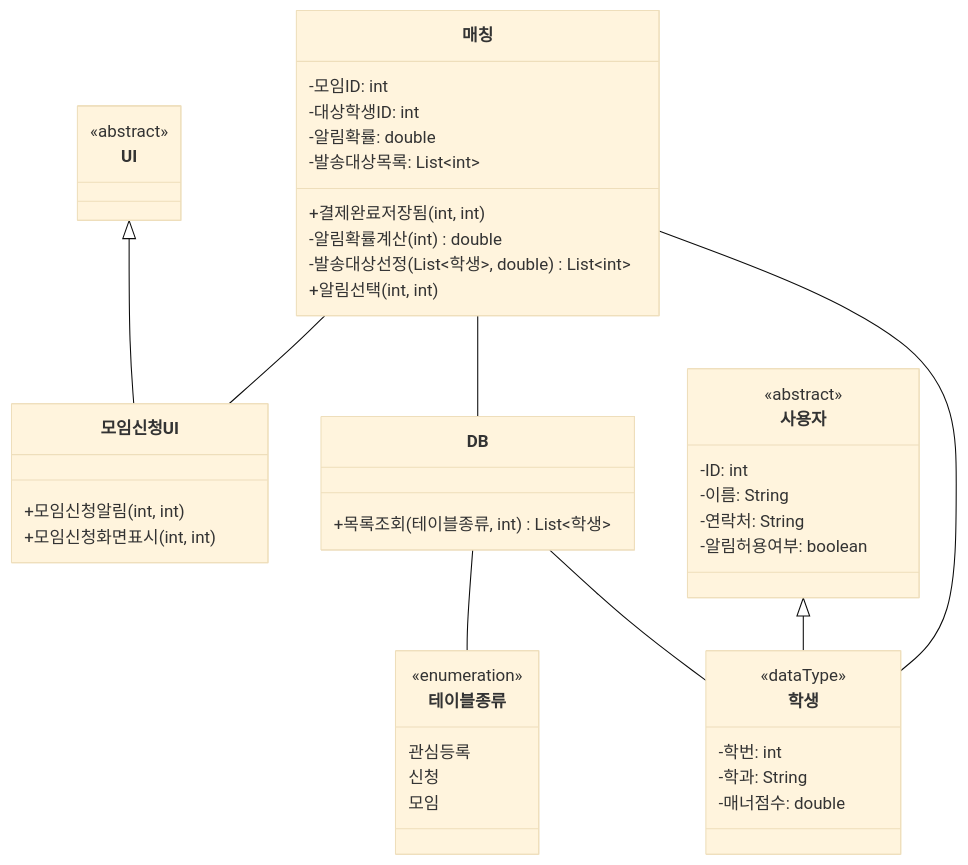
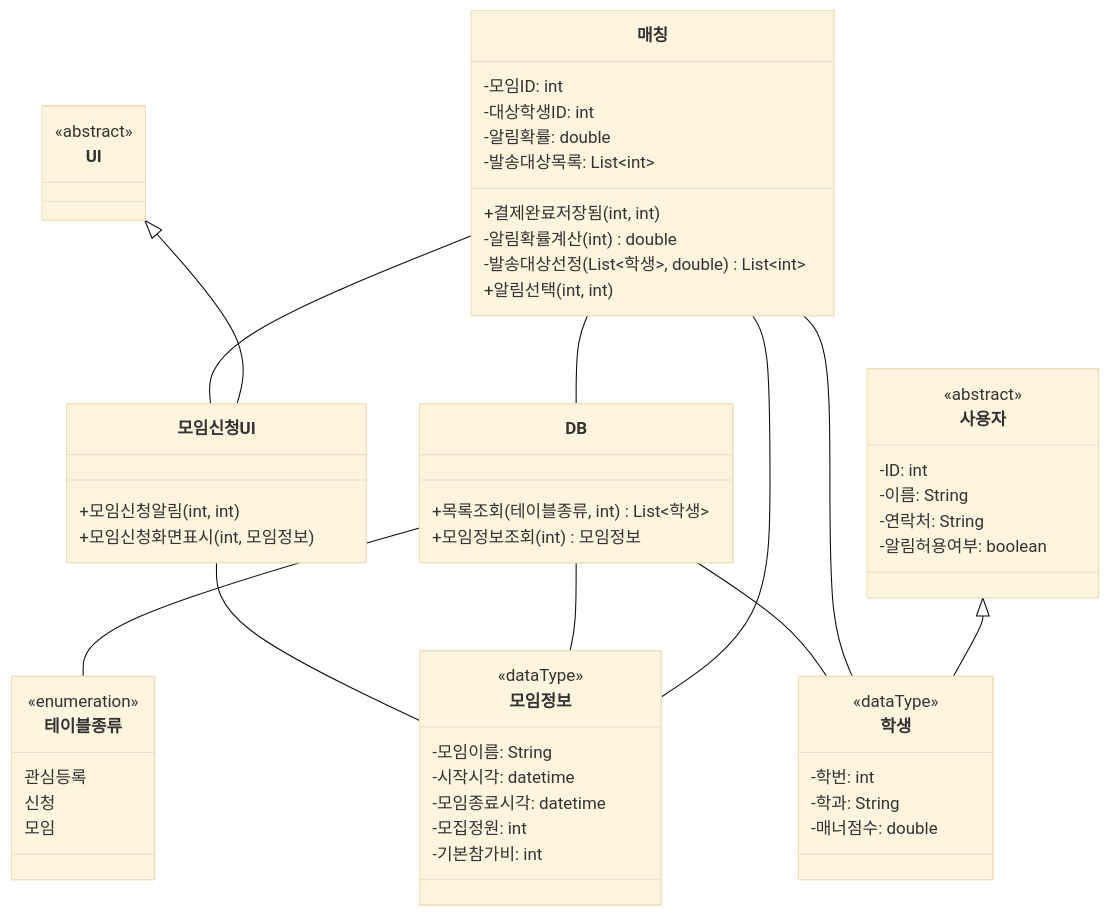
One commit to hojae3/sw-engineering-16 changed the diagram in presentation/03/3-class.md. Above: the diagram before and after it, drawn with Mermaid (base theme). The commit also changed other lines of this file and 2 other files, not shown here.

Commit message:
[presentation] 3번: 신청 화면 내용 출처 보완 (모임정보조회 추가, 모임신청화면표시에 모임정보)

````diff
--- a/presentation/03/3-class.md
+++ b/presentation/03/3-class.md
@@ -12,50 +13,62 @@
 ```mermaid
 classDiagram
     class UI {
         <<abstract>>
     }
     class 모임신청UI {
         +모임신청알림(int, int)
-        +모임신청화면표시(int, int)
+        +모임신청화면표시(int, 모임정보)
     }
     class 매칭 {
         -모임ID: int
         -대상학생ID: int
         -알림확률: double
         -발송대상목록: List~int~
         +결제완료저장됨(int, int)
         -알림확률계산(int) double
         -발송대상선정(List~학생~, double) List~int~
         +알림선택(int, int)
     }
     class DB {
         +목록조회(테이블종류, int) List~학생~
+        +모임정보조회(int) 모임정보
     }
     class 테이블종류 {
         <<enumeration>>
         관심등록
         신청
         모임
     }
     class 사용자 {
         <<abstract>>
         -ID: int
         -이름: String
         -연락처: String
         -알림허용여부: boolean
     }
     class 학생 {
         <<dataType>>
         -학번: int
         -학과: String
         -매너점수: double
     }
+    class 모임정보 {
+        <<dataType>>
+        -모임이름: String
+        -시작시각: datetime
+        -모임종료시각: datetime
+        -모집정원: int
+        -기본참가비: int
+    }
 
     UI <|-- 모임신청UI
     사용자 <|-- 학생
     매칭 -- 모임신청UI
     매칭 -- DB
     매칭 -- 학생
     DB -- 테이블종류
     DB -- 학생
+    매칭 -- 모임정보
+    DB -- 모임정보
+    모임신청UI -- 모임정보
 ```
````
